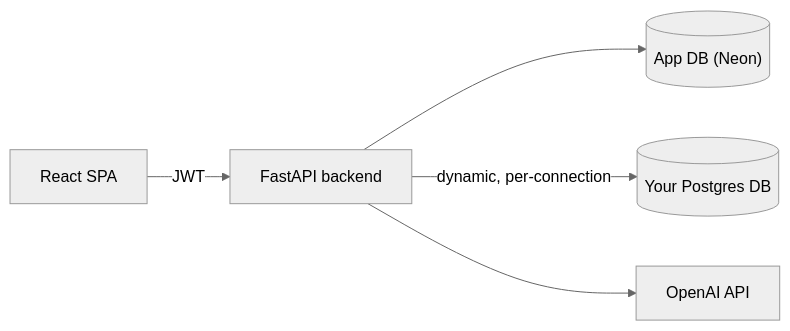
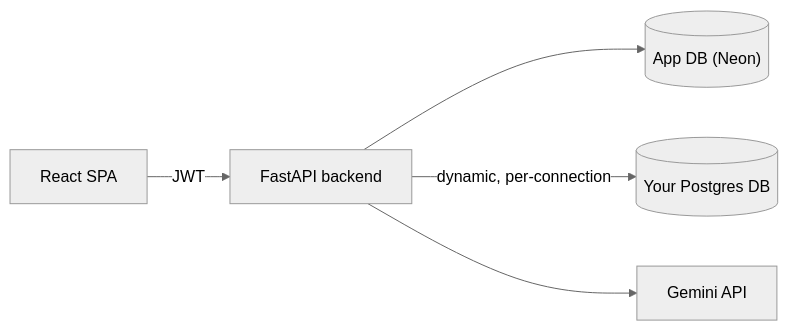
Before and after one commit to yamiamit/AISqlAssistant: the diagram in README.md, drawn with Mermaid (neutral theme). The commit also changed other lines of this file and 5 other files, not shown here.

Commit message:
auto-migrate schema on startup, fix prompt history

````diff
--- a/README.md
+++ b/README.md
@@ -70,7 +70,7 @@
 ```mermaid
 flowchart LR
     FE["React SPA"] -- "JWT" --> API["FastAPI backend"]
     API --> AppDB[("App DB (Neon)")]
     API -- "dynamic, per-connection" --> TargetDB[("Your Postgres DB")]
-    API --> OpenAI["OpenAI API"]
+    API --> Gemini["Gemini API"]
 ```
````
